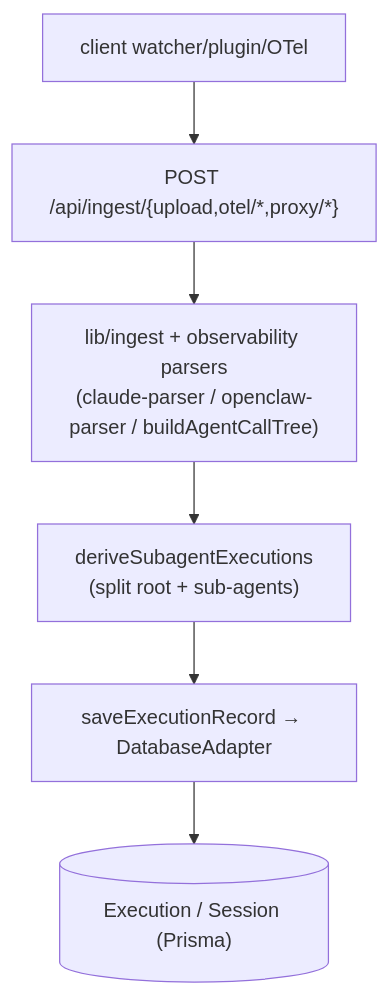
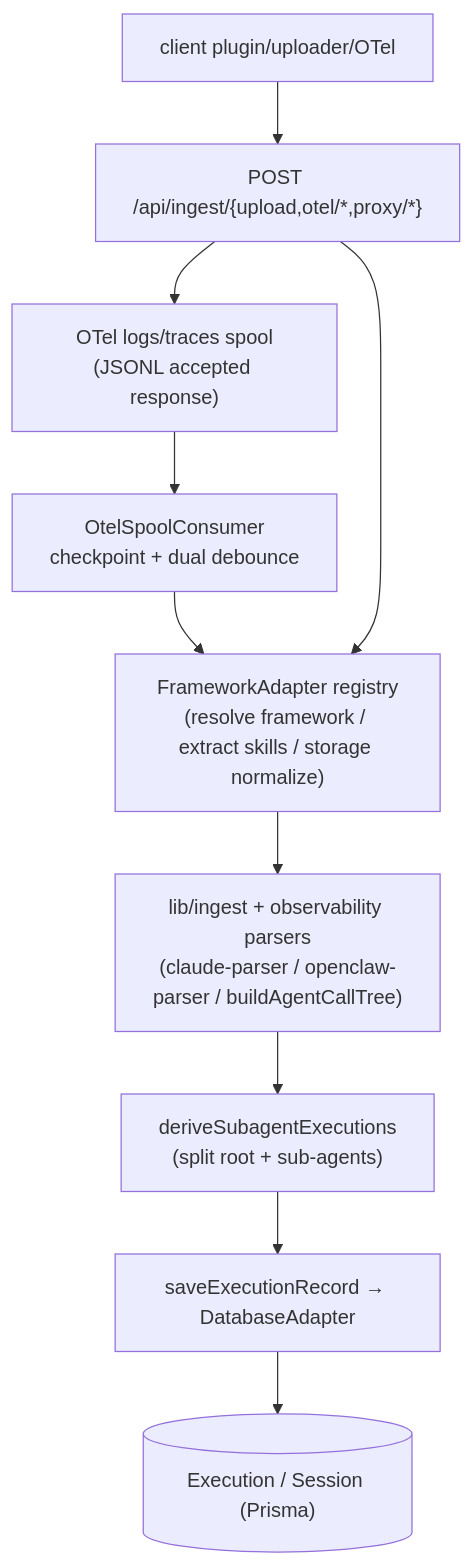
The second of 4 diagrams in docs/developer-guide/05-data-and-control-flow.md (openeuler-mirror/agent-insight), drawn with Mermaid before and after one commit. The commit also changed other lines of this file and 45 other files, not shown here.

````diff
--- a/docs/developer-guide/05-data-and-control-flow.md
+++ b/docs/developer-guide/05-data-and-control-flow.md
@@ -50,8 +50,12 @@
 ```mermaid
 flowchart TD
-    client["client watcher/plugin/OTel"] --> route["POST /api/ingest/{upload,otel/*,proxy/*}"]
-    route --> parse["lib/ingest + observability parsers\n(claude-parser / openclaw-parser / buildAgentCallTree)"]
+    client["client plugin/uploader/OTel"] --> route["POST /api/ingest/{upload,otel/*,proxy/*}"]
+    route --> otelspool["OTel logs/traces spool\n(JSONL accepted response)"]
+    otelspool --> consumer["OtelSpoolConsumer\ncheckpoint + dual debounce"]
+    consumer --> adapter["FrameworkAdapter registry\n(resolve framework / extract skills / storage normalize)"]
+    route --> adapter
+    adapter --> parse["lib/ingest + observability parsers\n(claude-parser / openclaw-parser / buildAgentCallTree)"]
     parse --> derive["deriveSubagentExecutions\n(split root + sub-agents)"]
     derive --> save["saveExecutionRecord → DatabaseAdapter"]
     save --> db[("Execution / Session (Prisma)")]
 ```
````
